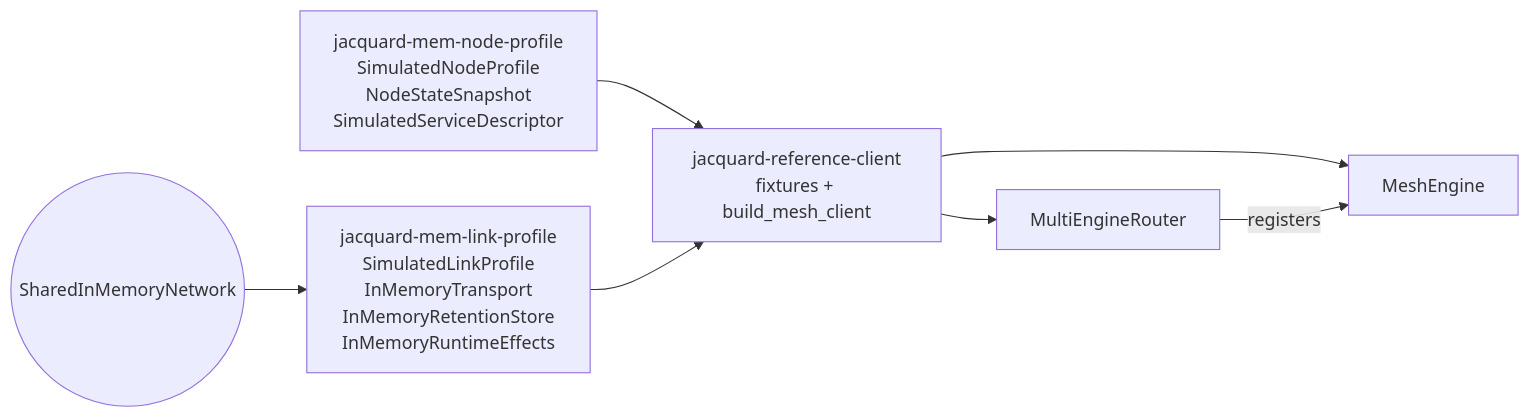
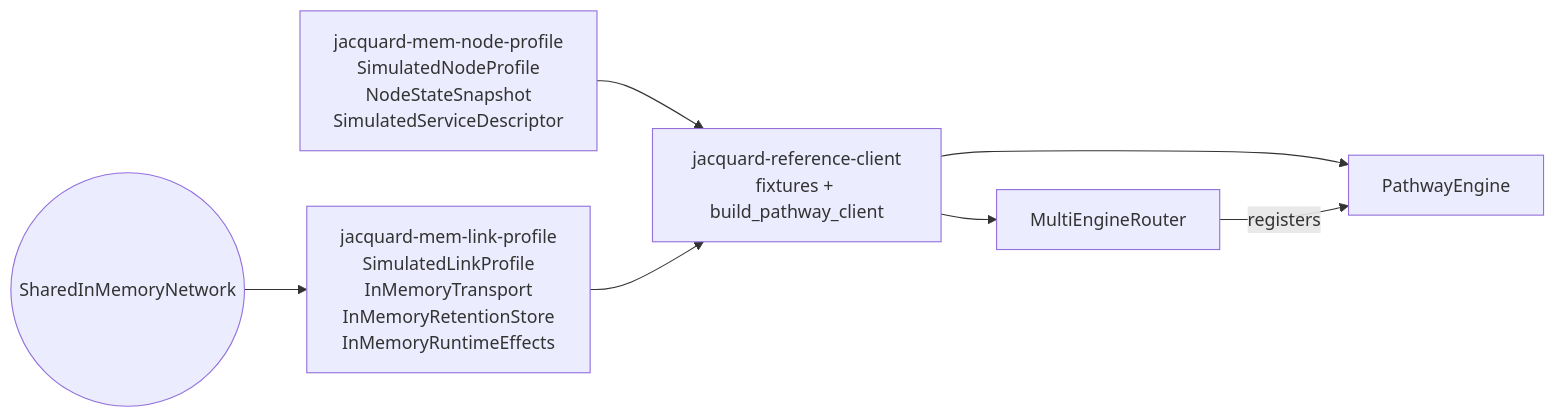
The diagram in docs/403_profile_reference.md (hxrts/jacquard), drawn with Mermaid before and after one commit. The commit also changed other lines of this file and 149 other files, not shown here.

First line of the commit message:
Rename mesh engine to pathway

````diff
--- a/docs/403_profile_reference.md
+++ b/docs/403_profile_reference.md
@@ -25,16 +25,16 @@
 ```mermaid
 graph LR
   NodeProfile[jacquard-mem-node-profile<br/>SimulatedNodeProfile<br/>NodeStateSnapshot<br/>SimulatedServiceDescriptor]
   LinkProfile[jacquard-mem-link-profile<br/>SimulatedLinkProfile<br/>InMemoryTransport<br/>InMemoryRetentionStore<br/>InMemoryRuntimeEffects]
   Network((SharedInMemoryNetwork))
-  Ref[jacquard-reference-client<br/>fixtures + build_mesh_client]
+  Ref[jacquard-reference-client<br/>fixtures + build_pathway_client]
   Router[MultiEngineRouter]
-  Mesh[MeshEngine]
+  Mesh[PathwayEngine]
 
   NodeProfile --> Ref
   LinkProfile --> Ref
   Network --> LinkProfile
   Ref --> Router
   Ref --> Mesh
   Router -- registers --> Mesh
 ```
````
